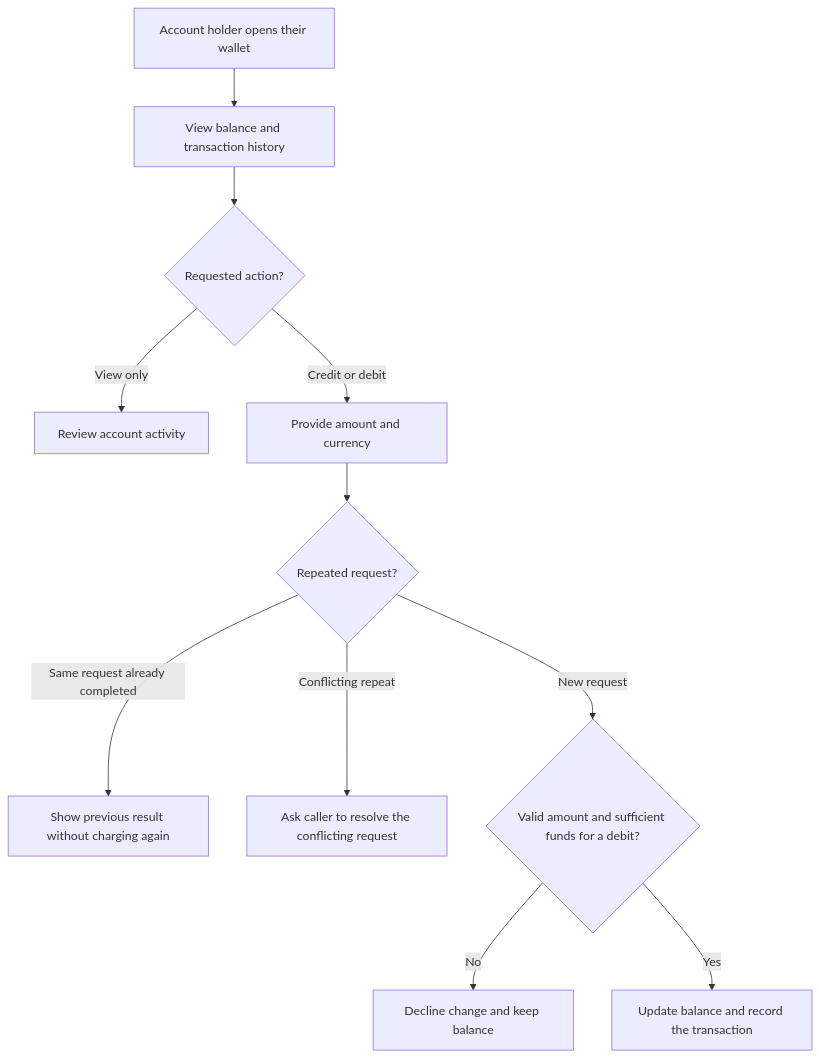
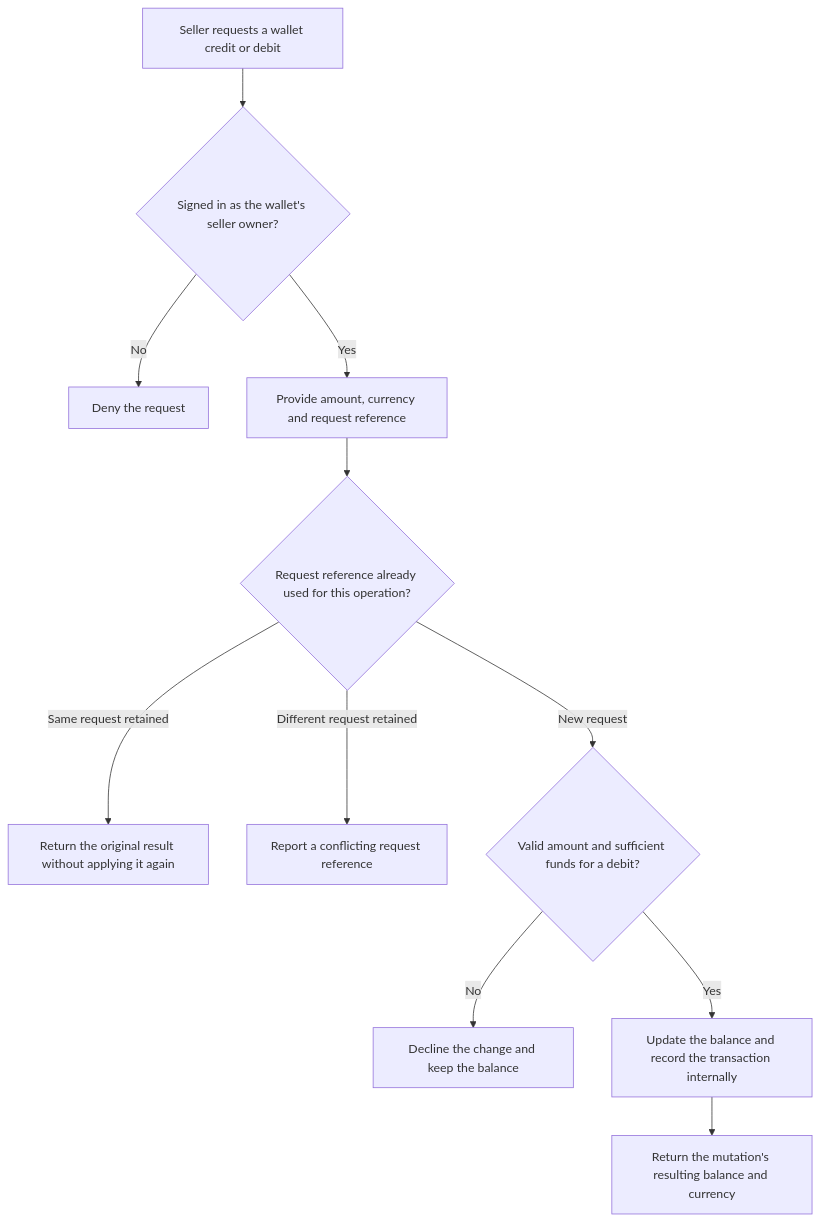
One commit to younessFathi/auto-parto changed the seventh of 12 diagrams in docs/workflows.md. Above: the diagram before and after it, drawn with Mermaid. The commit also changed other lines of this file and 1 other file, not shown here.

Commit message:
docs: align wallet journey with supported seller operations

````diff
--- a/docs/workflows.md
+++ b/docs/workflows.md
@@ -152,13 +152,13 @@
 ```mermaid
 flowchart TD
-    A["Account holder opens their wallet"] --> B["View balance and transaction history"]
-    B --> C{"Requested action?"}
-    C -->|View only| D["Review account activity"]
-    C -->|Credit or debit| E["Provide amount and currency"]
-    E --> F{"Repeated request?"}
-    F -->|Same request already completed| G["Show previous result without charging again"]
-    F -->|Conflicting repeat| H["Ask caller to resolve the conflicting request"]
-    F -->|New request| I{"Valid amount and sufficient funds for a debit?"}
-    I -->|No| J["Decline change and keep balance"]
-    I -->|Yes| K["Update balance and record the transaction"]
+    A["Seller requests a wallet credit or debit"] --> B{"Signed in as the wallet's seller owner?"}
+    B -->|No| C["Deny the request"]
+    B -->|Yes| D["Provide amount, currency and request reference"]
+    D --> E{"Request reference already used for this operation?"}
+    E -->|Same request retained| F["Return the original result without applying it again"]
+    E -->|Different request retained| G["Report a conflicting request reference"]
+    E -->|New request| H{"Valid amount and sufficient funds for a debit?"}
+    H -->|No| I["Decline the change and keep the balance"]
+    H -->|Yes| J["Update the balance and record the transaction internally"]
+    J --> K["Return the mutation's resulting balance and currency"]
 ```
````
